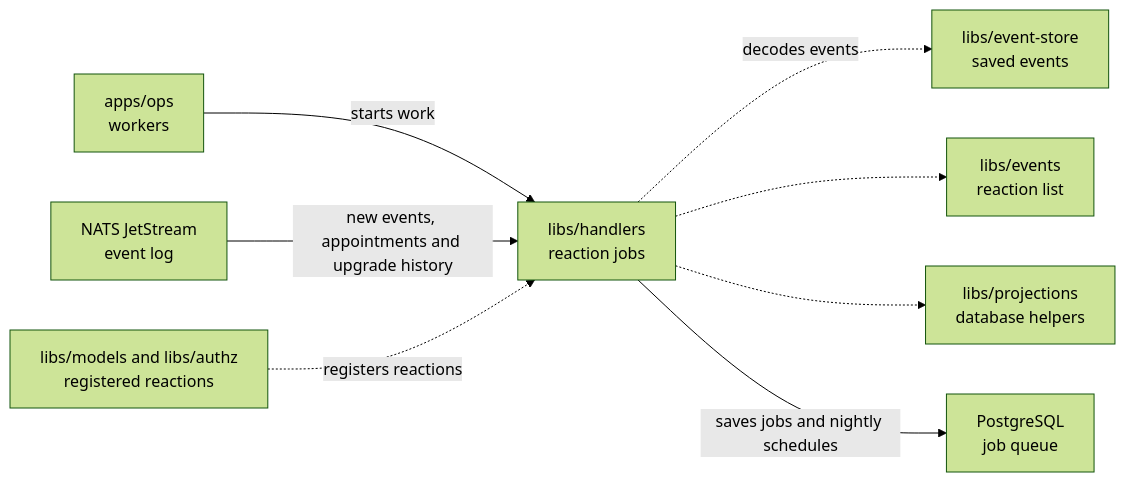
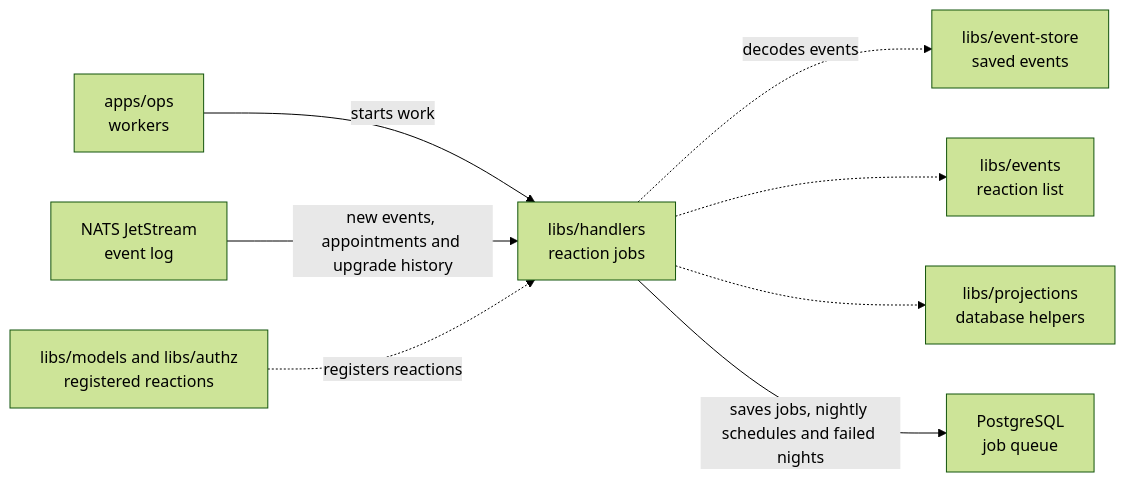
Before and after one commit to elewa-git/opencrane-new: the diagram in libs/handlers/README.md, drawn with Mermaid (forest theme). The commit also changed other lines of this file and 18 other files, not shown here.

Commit message:
🌙 Recover failed nights and read the actual selection time

````diff
--- a/libs/handlers/README.md
+++ b/libs/handlers/README.md
@@ -28,10 +28,10 @@
 ```mermaid
 flowchart LR
   ops["apps/ops<br/>workers"] -->|starts work| handlers["libs/handlers<br/>reaction jobs"]
   nats["NATS JetStream<br/>event log"] -->|new events, appointments and upgrade history| handlers
   reactions["libs/models and libs/authz<br/>registered reactions"] -.->|registers reactions| handlers
   handlers -.->|decodes events| store["libs/event-store<br/>saved events"]
   handlers -.-> events["libs/events<br/>reaction list"]
   handlers -.-> projections["libs/projections<br/>database helpers"]
-  handlers -->|saves jobs and nightly schedules| pg["PostgreSQL<br/>job queue"]
+  handlers -->|saves jobs, nightly schedules and failed nights| pg["PostgreSQL<br/>job queue"]
 ```
````
